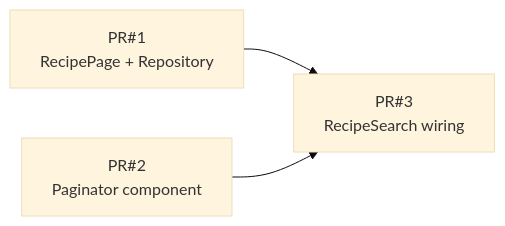
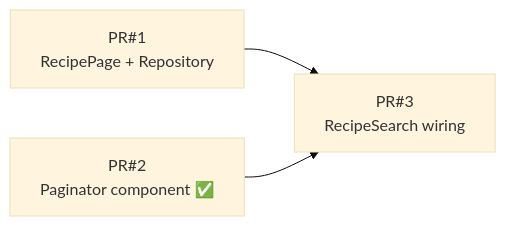
Before and after one commit to yjaaidi/kitchen: the second of 2 diagrams in design-docs/001-recipe-pagination.md, drawn with Mermaid (base theme). The commit also changed other lines of this file and 2 other files, not shown here.

First line of the commit message:
feat: ✨ implement Paginator component for PR#2

````diff
--- a/design-docs/001-recipe-pagination.md
+++ b/design-docs/001-recipe-pagination.md
@@ -49,9 +49,9 @@
 ```mermaid
 flowchart LR
   PR1["PR#1<br>RecipePage + Repository"]
-  PR2["PR#2<br>Paginator component"]
+  PR2["PR#2<br>Paginator component ✅"]
   PR3["PR#3<br>RecipeSearch wiring"]
 
   PR1 --> PR3
   PR2 --> PR3
 ```
````
